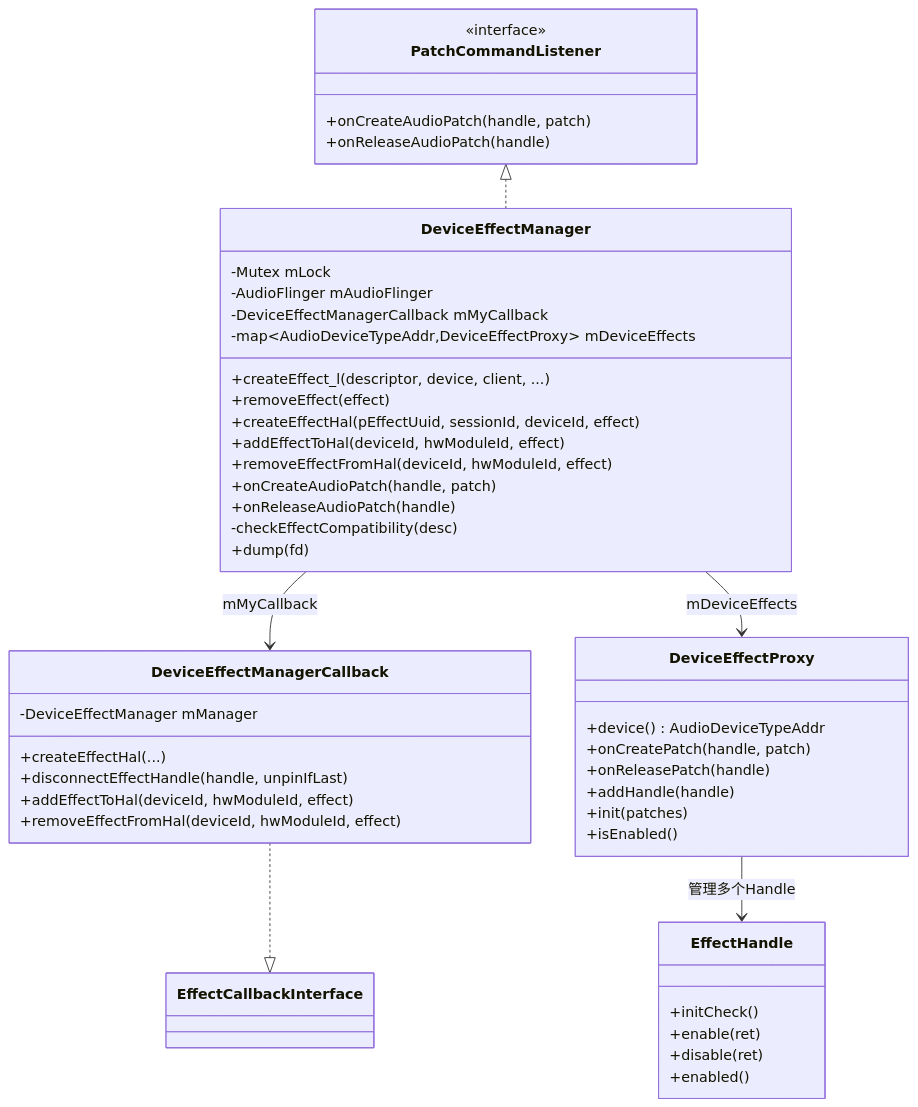
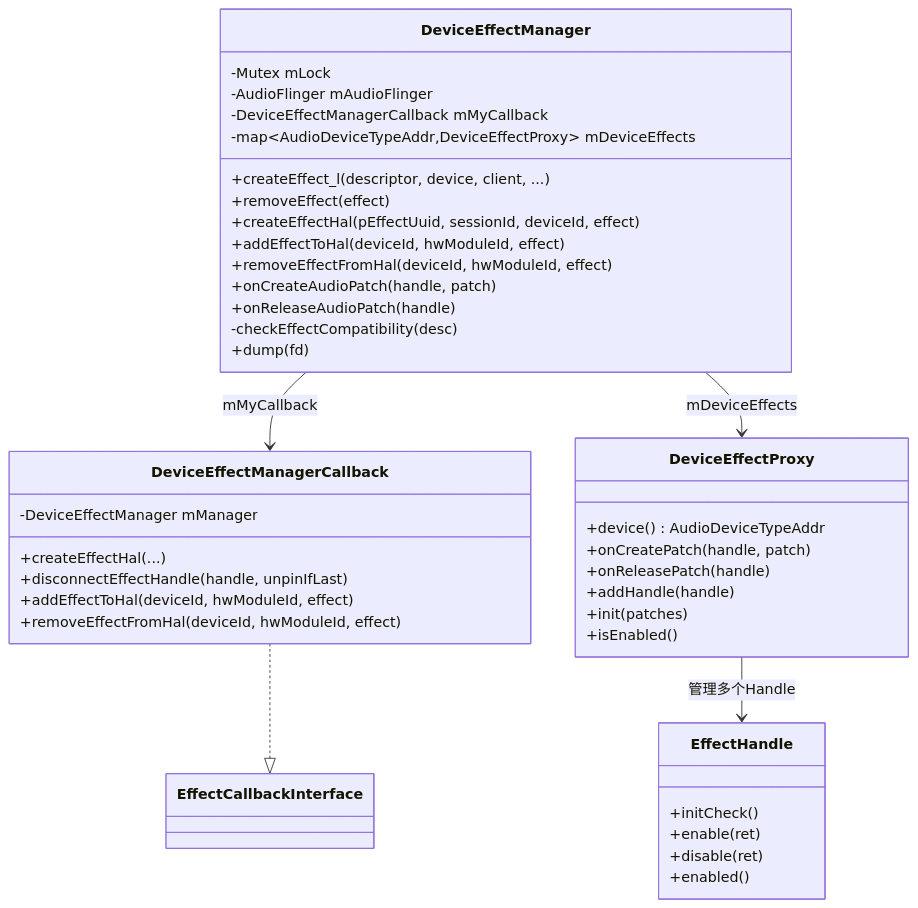
The first of 3 diagrams in 05_AudioFlinger/05_5.12_DeviceEffectManager-设备级音效管理.md (yanglinzhen1022/SA8295_AAOS_QNX_Audio_KnowledgeBase), drawn with Mermaid before and after one commit. The commit also changed other lines of this file and 12 other files, not shown here.

````diff
--- a/05_AudioFlinger/05_5.12_DeviceEffectManager-设备级音效管理.md
+++ b/05_AudioFlinger/05_5.12_DeviceEffectManager-设备级音效管理.md
@@ -21,49 +21,43 @@
 ```mermaid
 classDiagram
-    class PatchCommandListener {
-        <<interface>>
-        +onCreateAudioPatch(handle, patch)
-        +onReleaseAudioPatch(handle)
-    }
     class DeviceEffectManager {
         -Mutex mLock
         -AudioFlinger mAudioFlinger
         -DeviceEffectManagerCallback mMyCallback
         -map~AudioDeviceTypeAddr,DeviceEffectProxy~ mDeviceEffects
         +createEffect_l(descriptor, device, client, ...)
         +removeEffect(effect)
         +createEffectHal(pEffectUuid, sessionId, deviceId, effect)
         +addEffectToHal(deviceId, hwModuleId, effect)
         +removeEffectFromHal(deviceId, hwModuleId, effect)
         +onCreateAudioPatch(handle, patch)
         +onReleaseAudioPatch(handle)
         -checkEffectCompatibility(desc)
         +dump(fd)
     }
     class DeviceEffectManagerCallback {
         -DeviceEffectManager mManager
         +createEffectHal(...)
         +disconnectEffectHandle(handle, unpinIfLast)
         +addEffectToHal(deviceId, hwModuleId, effect)
         +removeEffectFromHal(deviceId, hwModuleId, effect)
     }
     class DeviceEffectProxy {
         +device() AudioDeviceTypeAddr
         +onCreatePatch(handle, patch)
         +onReleasePatch(handle)
         +addHandle(handle)
         +init(patches)
         +isEnabled()
     }
     class EffectHandle {
         +initCheck()
         +enable(ret)
         +disable(ret)
         +enabled()
     }
-    PatchCommandListener <|.. DeviceEffectManager
     DeviceEffectManager --> DeviceEffectManagerCallback : mMyCallback
     DeviceEffectManager --> DeviceEffectProxy : mDeviceEffects
     DeviceEffectProxy --> EffectHandle : 管理多个Handle
     DeviceEffectManagerCallback ..|> EffectCallbackInterface
 ```
````
